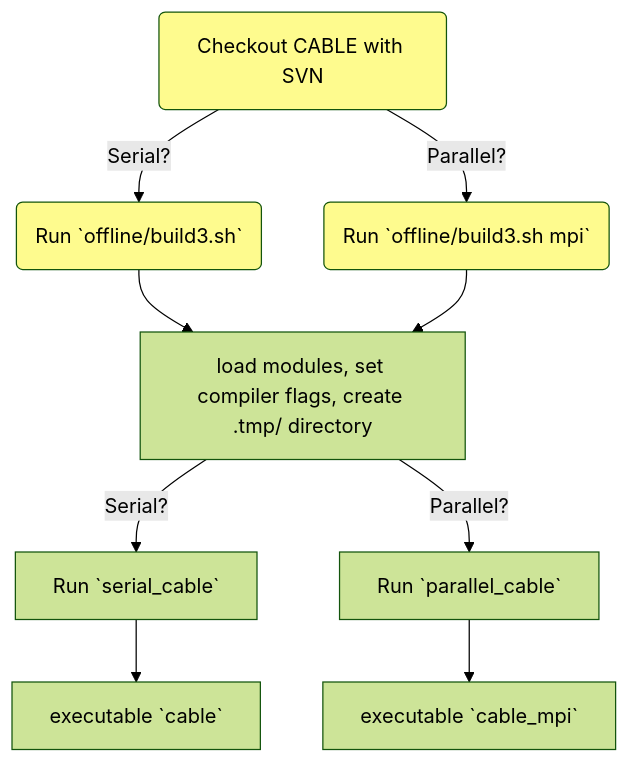
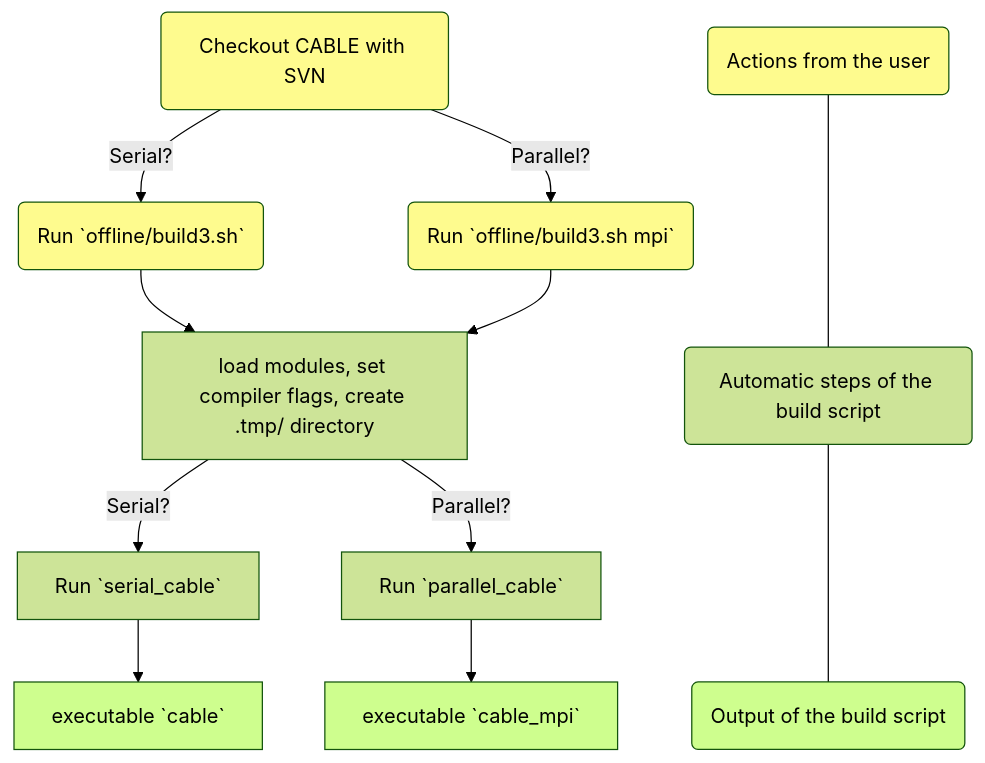
The diagram in documentation/docs/user_guide/installation.md (CABLE-LSM/CABLE), drawn with Mermaid (forest theme) before and after one commit.

Commit message:
Add legend to flowchart

````diff
--- a/documentation/docs/user_guide/installation.md
+++ b/documentation/docs/user_guide/installation.md
@@ -11,19 +11,27 @@
 ``` mermaid
 graph TD
+    
     A(Checkout CABLE with SVN):::UserAction -->|Serial?| B(Run `offline/build3.sh`):::UserAction;
     B --> D[load modules, set compiler flags, create .tmp/ directory];
     D -->|Serial?| E[Run `serial_cable`];
-    E --> G[executable `cable`]
+    E --> G[executable `cable`]:::Output;
     A -->|Parallel?| C(Run `offline/build3.sh mpi`):::UserAction;
     C --> D;   
     D -->|Parallel?| F[Run `parallel_cable`];
-    F --> H[executable `cable_mpi`];
+    F --> H[executable `cable_mpi`]:::Output;
     click A "http://cable-lsm.github.io/CABLE/user_guide/tutorial/compilation/#getting-the-cable-source-code"
     click B "http://cable-lsm.github.io/CABLE/user_guide/tutorial/compilation/#launching-the-build"
     click C "http://cable-lsm.github.io/CABLE/user_guide/tutorial/compilation/#launching-the-build"
     click D "http://cable-lsm.github.io/CABLE/user_guide/tutorial/compilation/#description-of-the-build-process"
     click E "http://cable-lsm.github.io/CABLE/user_guide/tutorial/compilation/#description-of-the-build-process"
     click F "http://cable-lsm.github.io/CABLE/user_guide/tutorial/compilation/#description-of-the-build-process"
 
-    classDef UserAction fill: #FEFB8E
+    UserAction ---- Automatic ---- Output;
+
+    UserAction(Actions from the user):::UserAction;
+    Automatic(Automatic steps of the build script);
+    Output(Output of the build script):::Output;
+
+    classDef UserAction fill:#FEFB8E
+    classDef Output fill:#cefe8e
 ```
````
